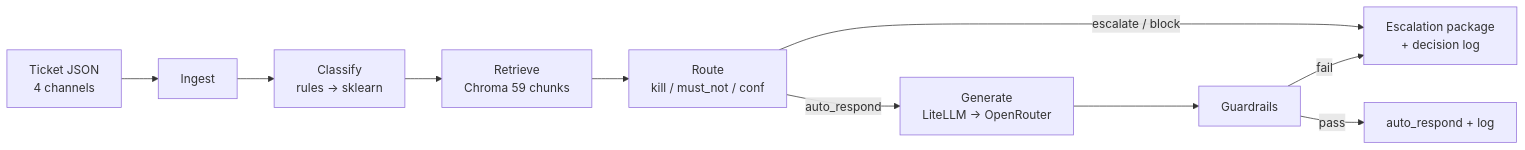
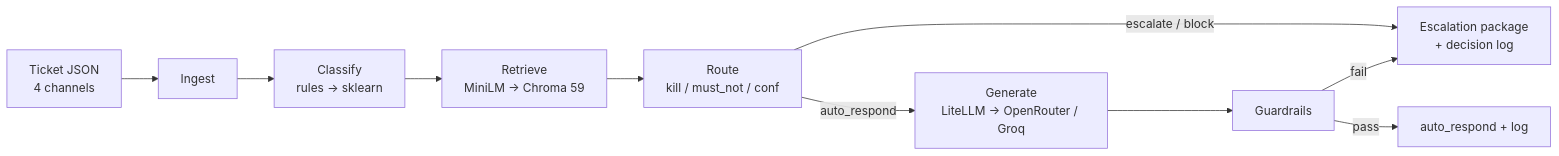
Before and after one commit to learningsam20/cloudserve-assist: the first of 6 diagrams in docs/design/architecture/data-flow.md, drawn with Mermaid. The commit also changed other lines of this file and 24 other files, not shown here.

Commit message:
Updated generate support with groq

````diff
--- a/docs/design/architecture/data-flow.md
+++ b/docs/design/architecture/data-flow.md
@@ -11,12 +11,12 @@
 ```mermaid
 flowchart LR
   T[Ticket JSON<br/>4 channels] --> I[Ingest]
   I --> C[Classify<br/>rules → sklearn]
-  C --> R[Retrieve<br/>Chroma 59 chunks]
+  C --> R[Retrieve<br/>MiniLM → Chroma 59]
   R --> RT[Route<br/>kill / must_not / conf]
   RT -->|escalate / block| E[Escalation package<br/>+ decision log]
-  RT -->|auto_respond| G[Generate<br/>LiteLLM → OpenRouter]
+  RT -->|auto_respond| G[Generate<br/>LiteLLM → OpenRouter / Groq]
   G --> V[Guardrails]
   V -->|pass| A[auto_respond + log]
   V -->|fail| E
 ```
````
